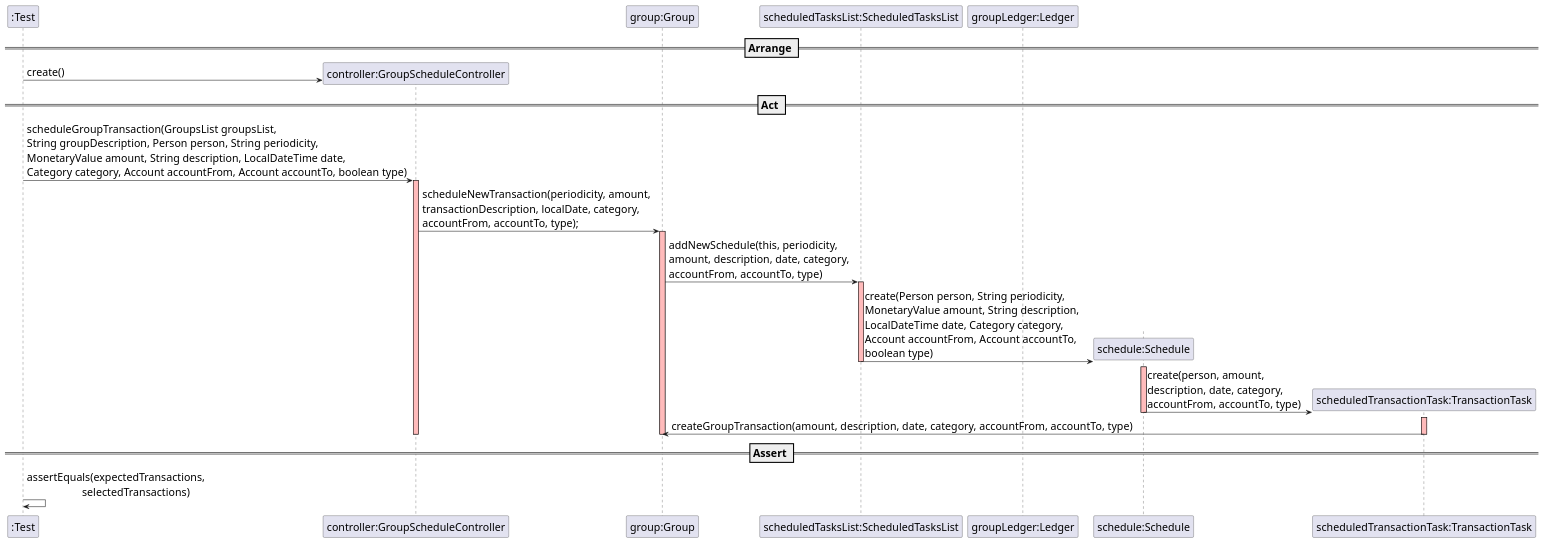
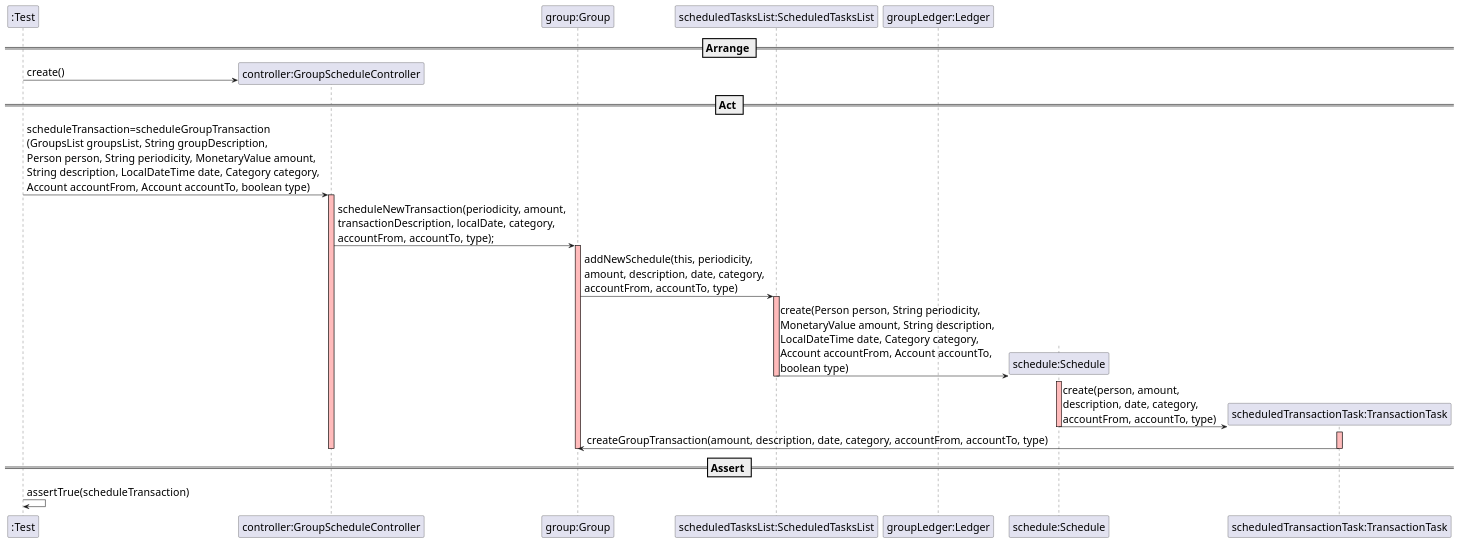
Before and after one commit to mleitaoribeiro/DevOpsMaven: the diagram in docs/SequenceDiagram - US020.2.puml, drawn with PlantUML. The commit also changed 1 other file, not shown here.

```diff
--- a/docs/SequenceDiagram - US020.2.puml
+++ b/docs/SequenceDiagram - US020.2.puml
@@ -1,41 +1,41 @@
 @startuml
 skinparam DefaultFontSize 20
 participant ":Test"
 
 == Arrange ==
 
 create "controller:GroupScheduleController"
 ":Test" -> "controller:GroupScheduleController" : create()
 
 participant "group:Group"
 participant "scheduledTasksList:ScheduledTasksList"
 participant "groupLedger:Ledger"
 
 == Act ==
 
-":Test" -> "controller:GroupScheduleController" : scheduleGroupTransaction(GroupsList groupsList, \nString groupDescription, Person person, String periodicity, \nMonetaryValue amount, String description, LocalDateTime date, \nCategory category, Account accountFrom, Account accountTo, boolean type)
+":Test" -> "controller:GroupScheduleController" : scheduleTransaction=scheduleGroupTransaction\n(GroupsList groupsList, String groupDescription, \nPerson person, String periodicity, MonetaryValue amount, \nString description, LocalDateTime date, Category category, \nAccount accountFrom, Account accountTo, boolean type)
 activate "controller:GroupScheduleController" #FFBBBB
 "controller:GroupScheduleController" -> "group:Group" : scheduleNewTransaction(periodicity, amount, \ntransactionDescription, localDate, category, \naccountFrom, accountTo, type);
 activate "group:Group" #FFBBBB
 "group:Group" -> "scheduledTasksList:ScheduledTasksList" : addNewSchedule(this, periodicity, \namount, description, date, category, \naccountFrom, accountTo, type)
 activate "scheduledTasksList:ScheduledTasksList" #FFBBBB
 create "schedule:Schedule"
 "scheduledTasksList:ScheduledTasksList" -> "schedule:Schedule" : create(Person person, String periodicity, \nMonetaryValue amount, String description, \nLocalDateTime date, Category category, \nAccount accountFrom, Account accountTo, \nboolean type)
 activate "schedule:Schedule" #FFBBBB
 create "scheduledTransactionTask:TransactionTask"
 deactivate "scheduledTasksList:ScheduledTasksList"
 "schedule:Schedule" -> "scheduledTransactionTask:TransactionTask" : create(person, amount, \ndescription, date, category, \naccountFrom, accountTo, type)
 deactivate "schedule:Schedule"
 activate "scheduledTransactionTask:TransactionTask" #FFBBBB
 "scheduledTransactionTask:TransactionTask" -> "group:Group" : createGroupTransaction(amount, description, date, category, accountFrom, accountTo, type)
 deactivate "scheduledTransactionTask:TransactionTask"
 
 deactivate "controller:GroupScheduleController"
 deactivate "group:Group"
 
 == Assert ==
 
-":Test" -> ":Test" : assertEquals(expectedTransactions, \n                    selectedTransactions)
+":Test" -> ":Test" : assertTrue(scheduleTransaction)
 
 
 @enduml
```
